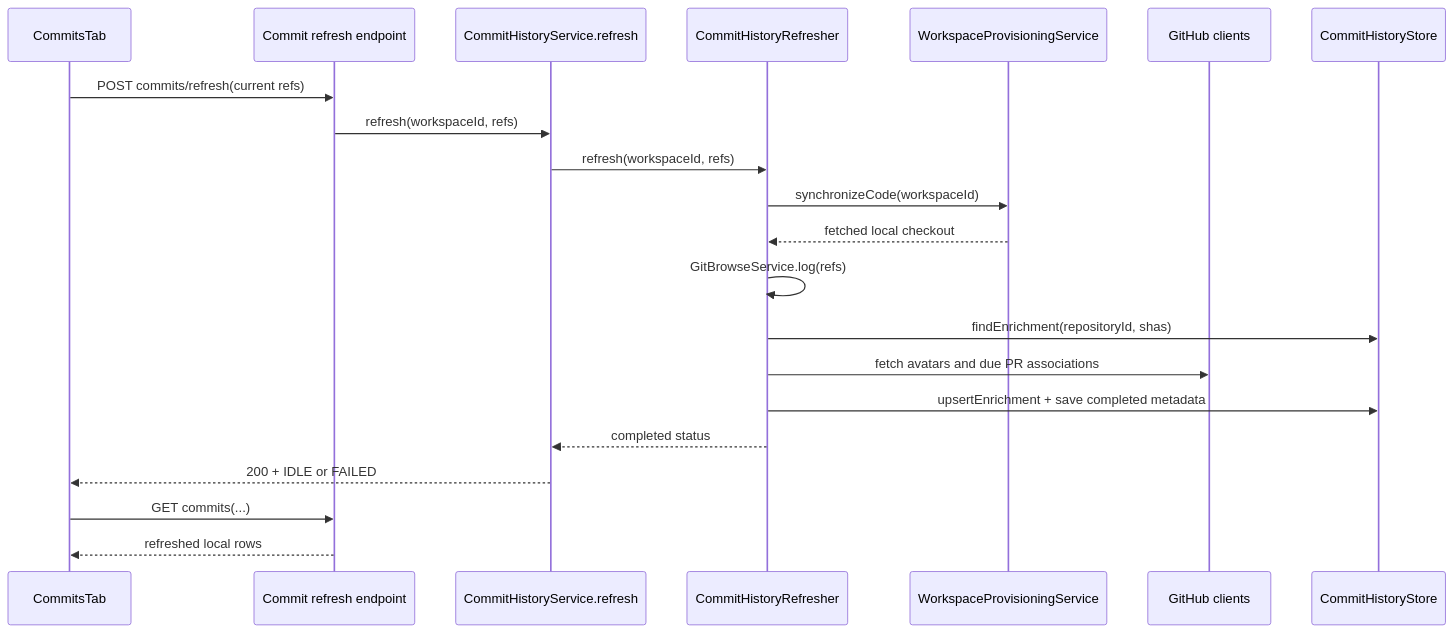
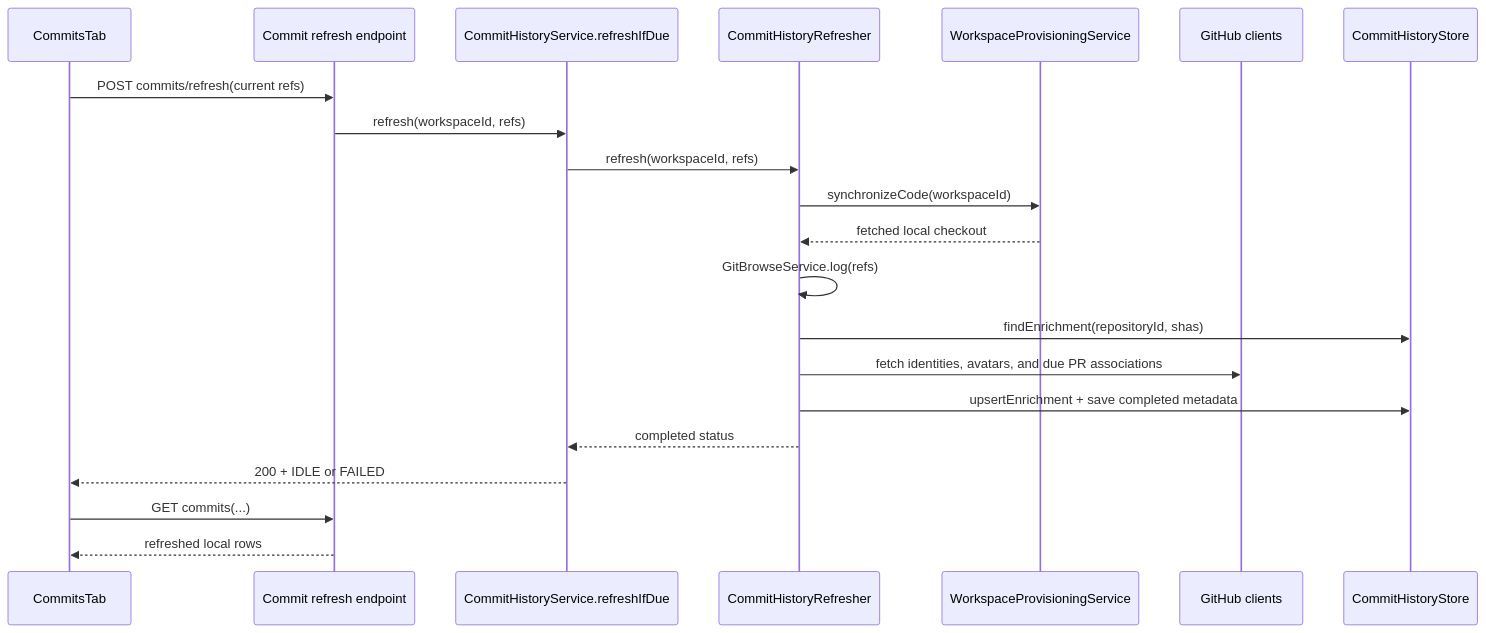
Before and after one commit to bytequay/bytequay: the second of 3 diagrams in docs/design/commits.md, drawn with Mermaid. The commit also changed other lines of this file and 32 other files, not shown here.

Commit message:
Fix commit history identity and card metadata

````diff
--- a/docs/design/commits.md
+++ b/docs/design/commits.md
@@ -406,24 +434,24 @@
 ```mermaid
 sequenceDiagram
     participant UI as CommitsTab
     participant API as Commit refresh endpoint
-    participant Service as CommitHistoryService.refresh
+    participant Service as CommitHistoryService.refreshIfDue
     participant Refresher as CommitHistoryRefresher
     participant Git as WorkspaceProvisioningService
     participant GitHub as GitHub clients
     participant Store as CommitHistoryStore
 
     UI->>API: POST commits/refresh(current refs)
     API->>Service: refresh(workspaceId, refs)
     Service->>Refresher: refresh(workspaceId, refs)
     Refresher->>Git: synchronizeCode(workspaceId)
     Git-->>Refresher: fetched local checkout
     Refresher->>Refresher: GitBrowseService.log(refs)
     Refresher->>Store: findEnrichment(repositoryId, shas)
-    Refresher->>GitHub: fetch avatars and due PR associations
+    Refresher->>GitHub: fetch identities, avatars, and due PR associations
     Refresher->>Store: upsertEnrichment + save completed metadata
     Refresher-->>Service: completed status
     Service-->>UI: 200 + IDLE or FAILED
     UI->>API: GET commits(...)
     API-->>UI: refreshed local rows
 ```
````
